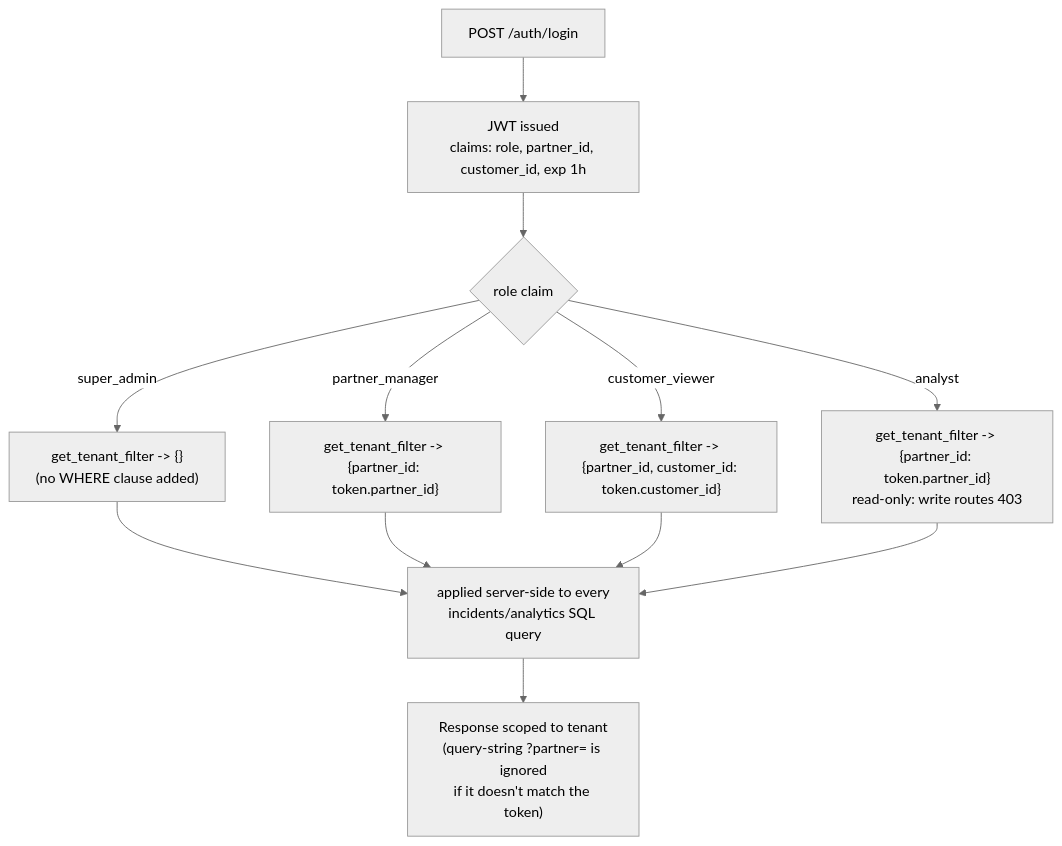
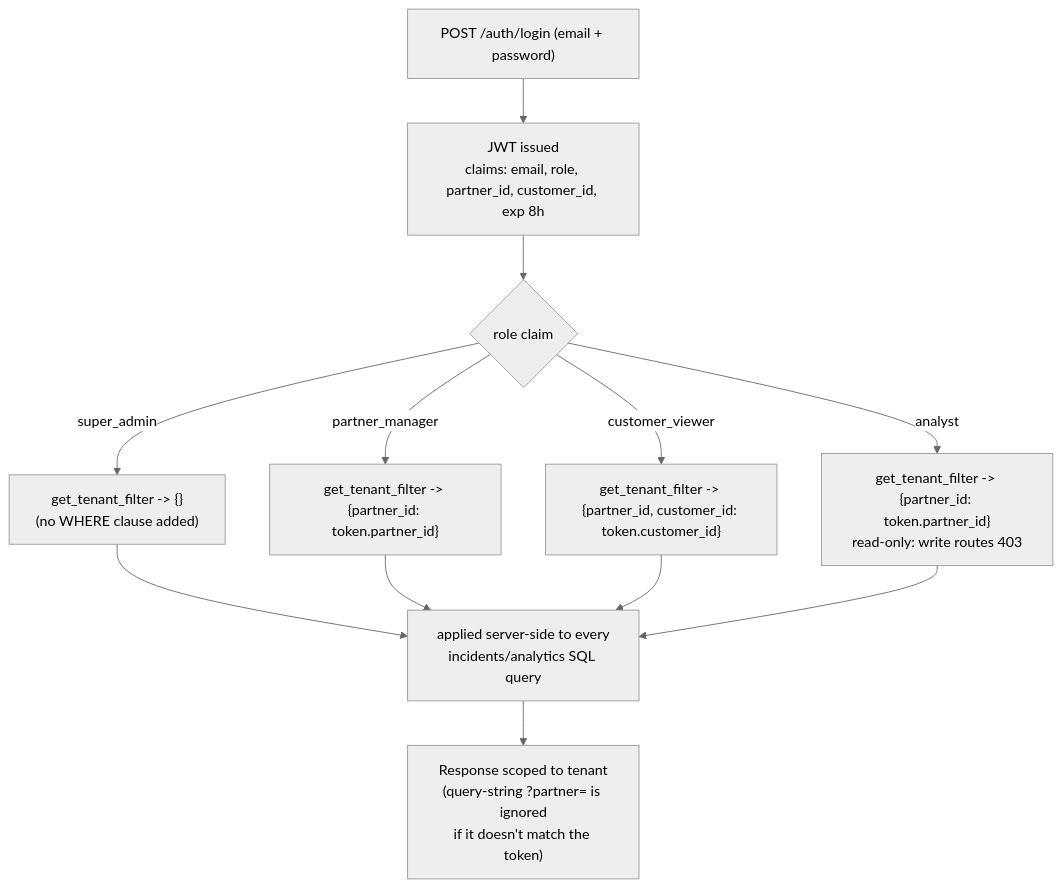
One commit to VaibhavNarule-AI/demo-hacathon changed the third of 3 diagrams in 02_SOLUTION_ARCHITECTURE_TEMPLATE.md. Above: the diagram before and after it, drawn with Mermaid (neutral theme). The commit also changed other lines of this file and 43 other files, not shown here.

````diff
--- a/02_SOLUTION_ARCHITECTURE_TEMPLATE.md
+++ b/02_SOLUTION_ARCHITECTURE_TEMPLATE.md
@@ -73,14 +88,14 @@
 ```mermaid
 flowchart TD
-    L["POST /auth/login"] --> J["JWT issued\nclaims: role, partner_id, customer_id, exp 1h"]
+    L["POST /auth/login (email + password)"] --> J["JWT issued\nclaims: email, role, partner_id, customer_id, exp 8h"]
     J --> R{"role claim"}
     R -- super_admin --> SA["get_tenant_filter -> {}\n(no WHERE clause added)"]
     R -- partner_manager --> PM["get_tenant_filter -> {partner_id: token.partner_id}"]
     R -- customer_viewer --> CV["get_tenant_filter -> {partner_id, customer_id: token.customer_id}"]
     R -- analyst --> AN["get_tenant_filter -> {partner_id: token.partner_id}\nread-only: write routes 403"]
     SA --> Q["applied server-side to every\nincidents/analytics SQL query"]
     PM --> Q
     CV --> Q
     AN --> Q
     Q --> RESP["Response scoped to tenant\n(query-string ?partner= is ignored\nif it doesn't match the token)"]
 ```
````
